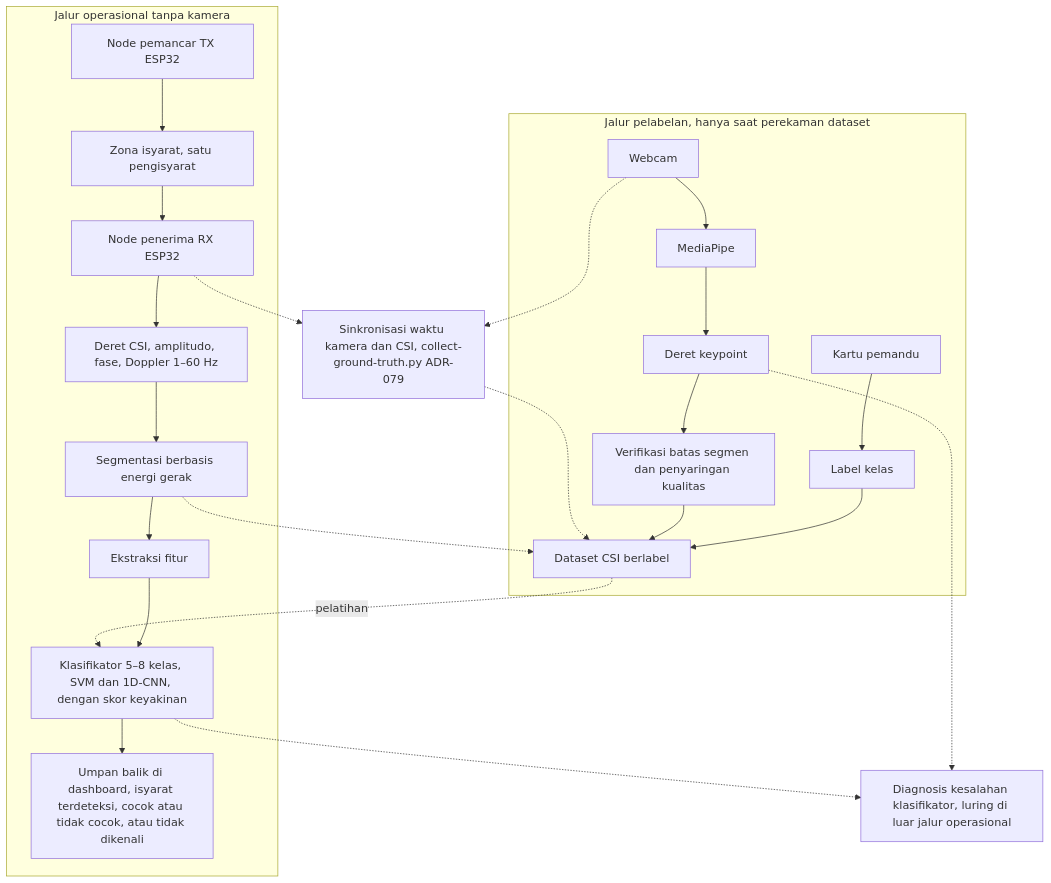
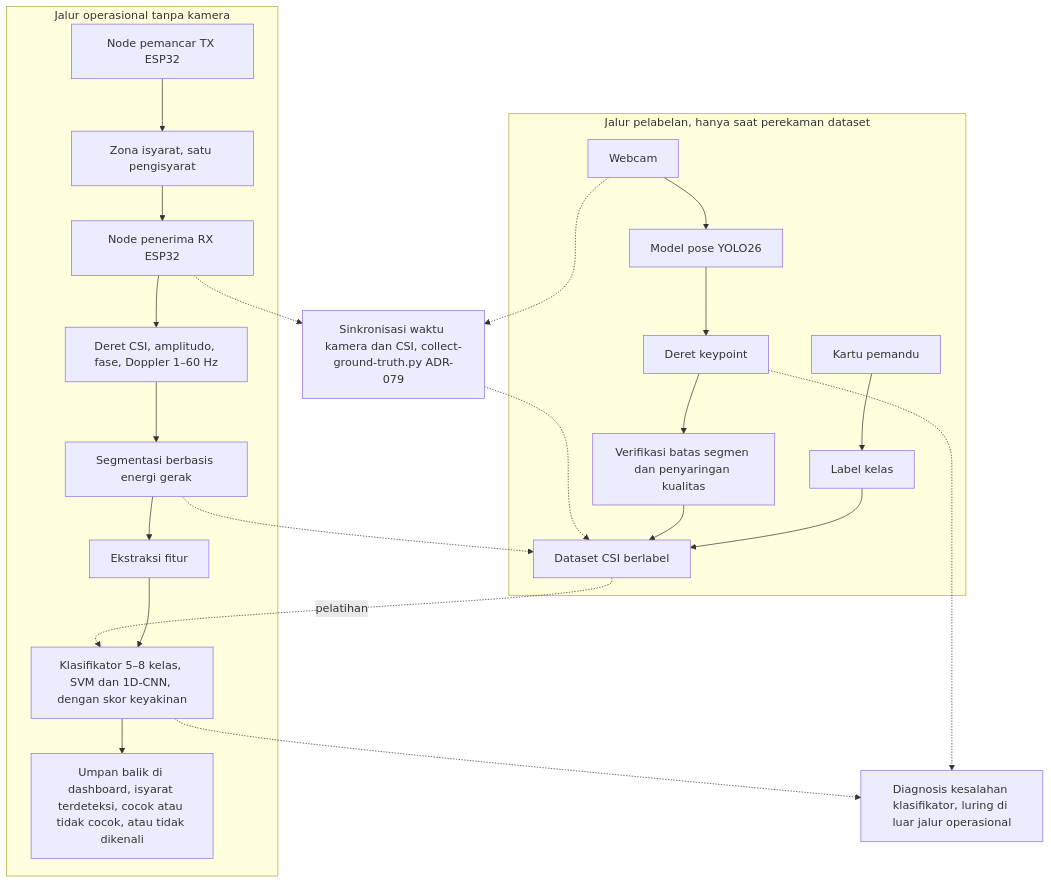
One commit to ILoveTahuTek/skripsi changed the second of 2 diagrams in 13-sempro-docx/materi-asal/dpj4-sibi-csi/_berkunci/bab3-metodologi.md. Above: the diagram before and after it, drawn with Mermaid. The commit also changed other lines of this file and 45 other files, not shown here.

First line of the commit message:
Ralat MediaPipe->YOLO26 pose (teks+gambar) + perbaiki tumpang tindih blok G3.1/G3.2

````diff
--- a/13-sempro-docx/materi-asal/dpj4-sibi-csi/_berkunci/bab3-metodologi.md
+++ b/13-sempro-docx/materi-asal/dpj4-sibi-csi/_berkunci/bab3-metodologi.md
@@ -127,45 +127,45 @@
 ```mermaid
 flowchart TD
     subgraph JO ["Jalur operasional tanpa kamera"]
         TX["Node pemancar TX ESP32"]
         ZI["Zona isyarat, satu pengisyarat"]
         RX["Node penerima RX ESP32"]
         CSI["Deret CSI, amplitudo, fase, Doppler 1–60 Hz"]
         SEG["Segmentasi berbasis energi gerak"]
         FIT["Ekstraksi fitur"]
         KLS["Klasifikator 5–8 kelas, SVM dan 1D-CNN, dengan skor keyakinan"]
         UB["Umpan balik di dashboard, isyarat terdeteksi, cocok atau tidak cocok, atau tidak dikenali"]
     end
     subgraph JP ["Jalur pelabelan, hanya saat perekaman dataset"]
         KP["Kartu pemandu"]
         LBL["Label kelas"]
         CAM["Webcam"]
-        MP["MediaPipe"]
+        MP["Model pose YOLO26"]
         KEY["Deret keypoint"]
         VER["Verifikasi batas segmen dan penyaringan kualitas"]
         DS["Dataset CSI berlabel"]
     end
     SYN["Sinkronisasi waktu kamera dan CSI, collect-ground-truth.py ADR-079"]
     DIAG["Diagnosis kesalahan klasifikator, luring di luar jalur operasional"]
 
     TX --> ZI
     ZI --> RX
     RX --> CSI
     CSI --> SEG
     SEG --> FIT
     FIT --> KLS
     KLS --> UB
     KP --> LBL
     CAM --> MP
     MP --> KEY
     KEY --> VER
     LBL --> DS
     VER --> DS
     CAM -.-> SYN
     RX -.-> SYN
     SYN -.-> DS
     SEG -.-> DS
     DS -.->|pelatihan| KLS
     KEY -.-> DIAG
     KLS -.-> DIAG
 ```
````
